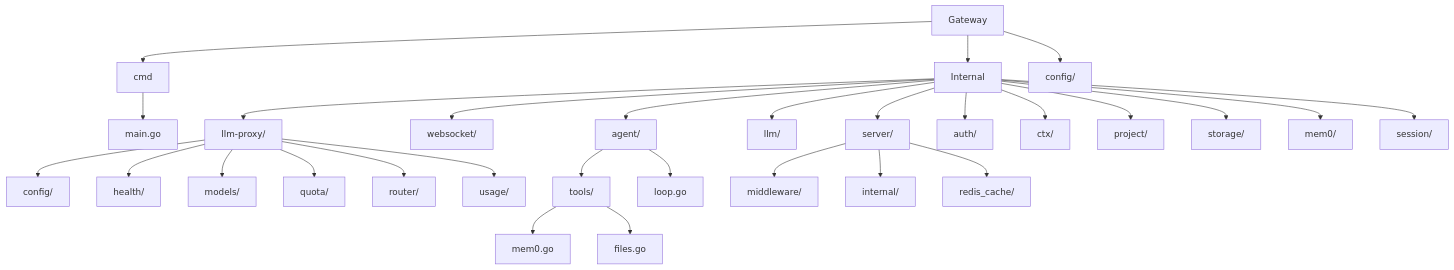
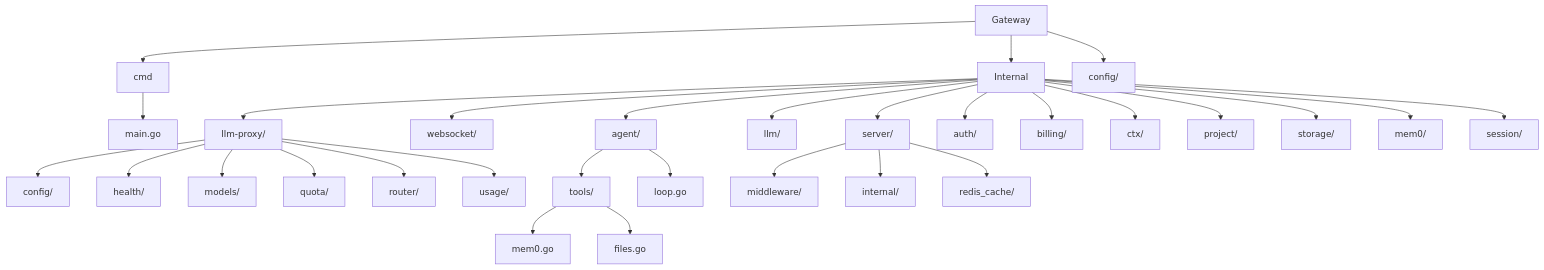
The second of 2 diagrams in docs/README.md (radch-ai/ava), drawn with Mermaid before and after one commit. The commit also changed other lines of this file and 10 other files, not shown here.

````diff
--- a/docs/README.md
+++ b/docs/README.md
@@ -111,39 +111,40 @@
 ```mermaid
 flowchart TB
     Gateway[Gateway]
 
     Gateway --> CMD[cmd]
     Gateway --> Internal
     Gateway --> Config[config/]
 
     CMD --> Main[main.go]
 
     Internal --> Server[server/]
     Internal --> WebSocket[websocket/]
     Internal --> Agent[agent/]
     Internal --> LLM[llm/]
     Internal --> LLMProxy[llm-proxy/]
     Internal --> Auth[auth/]
+    Internal --> Billing[billing/]
     Internal --> Ctx[ctx/]
     Internal --> Project[project/]
     Internal --> Storage[storage/]
     Internal --> Mem0[mem0/]
     Internal --> Session[session/]
 
     LLMProxy --> PConfig[config/]
     LLMProxy --> PHealth[health/]
     LLMProxy --> PModels[models/]
     LLMProxy --> PQuota[quota/]
     LLMProxy --> PRouter[router/]
     LLMProxy --> PUsage[usage/]
 
     Agent --> ATools[tools/]
     Agent --> ALoop[loop.go]
 
     Server --> Middleware[middleware/]
     Server --> SInternal[internal/]
     Server --> Cache[redis_cache/]
 
     ATools --> Mem0Tools[mem0.go]
     ATools --> FileTools[files.go]
 ```
````
